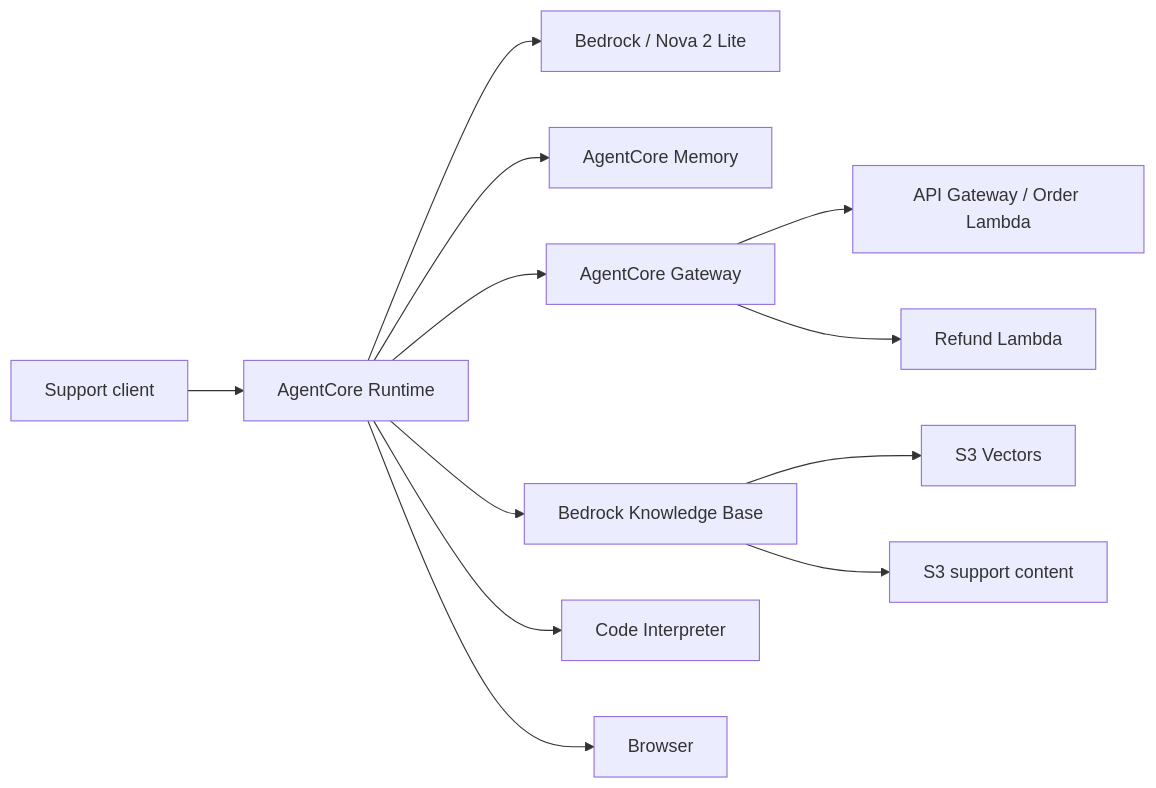
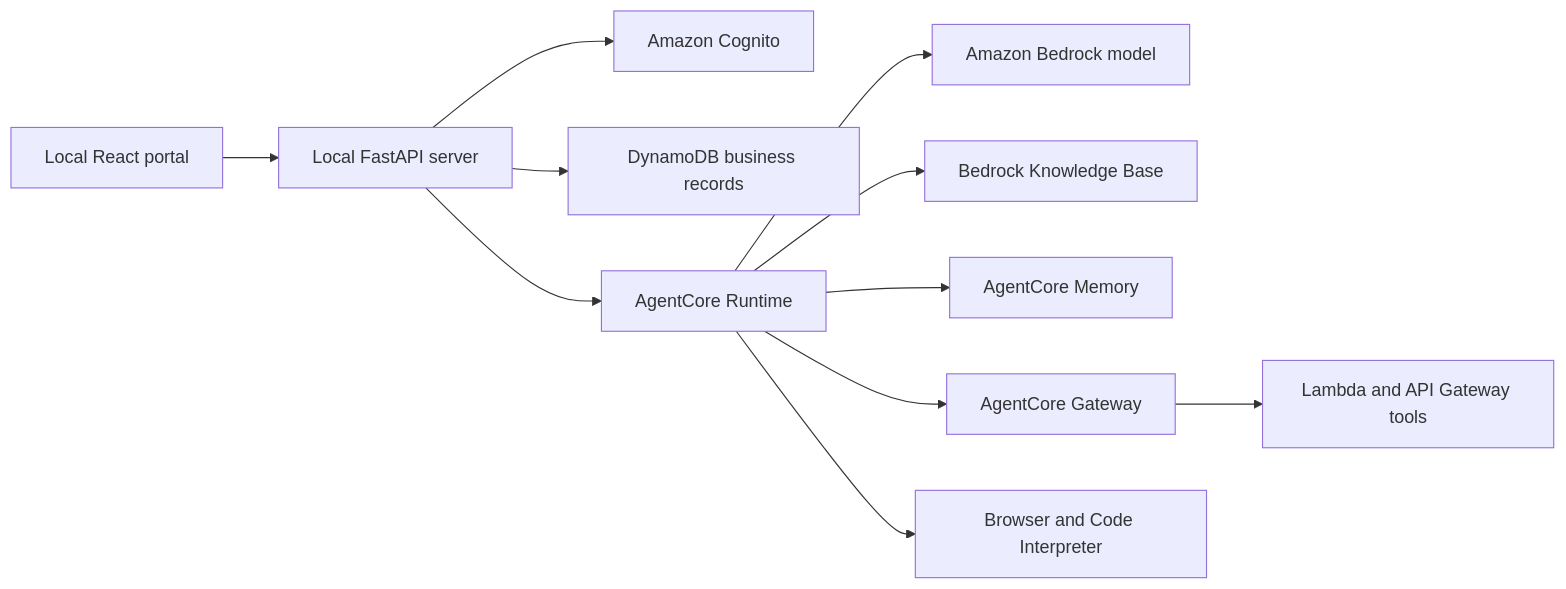
One commit to abdalrahmanattya/ai-support-agent changed the first of 2 diagrams in README.md. Above: the diagram before and after it, drawn with Mermaid. The commit also changed other lines of this file and 62 other files, not shown here.

````diff
--- a/README.md
+++ b/README.md
@@ -21,14 +21,13 @@
 ```mermaid
 flowchart LR
-  User[Support client] --> Runtime[AgentCore Runtime]
-  Runtime --> Nova[Bedrock / Nova 2 Lite]
+  Browser[Local React portal] --> API[Local FastAPI server]
+  API --> Cognito[Amazon Cognito]
+  API --> Data[DynamoDB business records]
+  API --> Runtime[AgentCore Runtime]
+  Runtime --> Model[Amazon Bedrock model]
+  Runtime --> KB[Bedrock Knowledge Base]
   Runtime --> Memory[AgentCore Memory]
   Runtime --> Gateway[AgentCore Gateway]
-  Runtime --> KB[Bedrock Knowledge Base]
-  Runtime --> Code[Code Interpreter]
-  Runtime --> Browser[Browser]
-  Gateway --> Orders[API Gateway / Order Lambda]
-  Gateway --> Refunds[Refund Lambda]
-  KB --> Vectors[S3 Vectors]
-  KB --> Docs[S3 support content]
+  Runtime --> Sandboxes[Browser and Code Interpreter]
+  Gateway --> Tools[Lambda and API Gateway tools]
 ```
````
